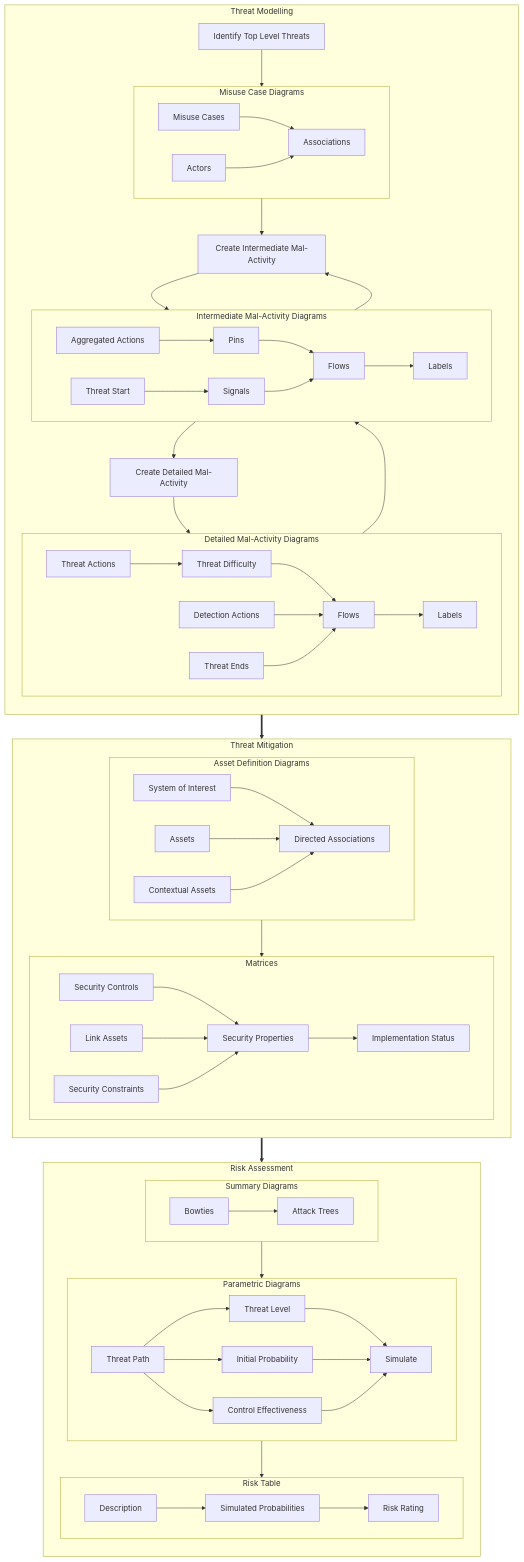
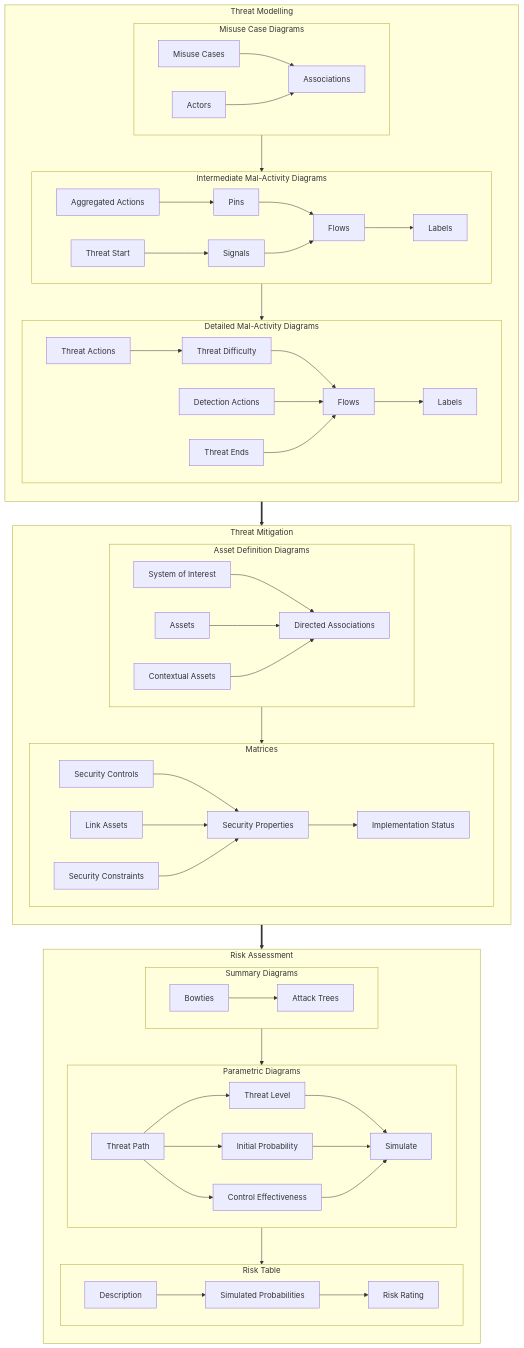
One commit to stuartfowler/CEMT changed the diagram in README.md. Above: the diagram before and after it, drawn with Mermaid. The commit also changed other lines of this file and 9 other files, not shown here.

````diff
--- a/README.md
+++ b/README.md
@@ -115,14 +110,9 @@
       3b["Detection Actions"] --> 3d
       3e["Threat Ends"] --> 3d
     end
-    DMA["Create Detailed Mal-Activity"]
-    IMA["Create Intermediate Mal-Activity"]
-    TLT["Identify Top Level Threats"]
-    2 --> DMA --> 3
-    TLT --> 1 --> IMA --> 2
-    2 --> IMA
-    3 --> 2
-    end
+
+    1 --> 2 --> 3
+  end
   subgraph TMi["Threat Mitigation"]
     direction TB
     subgraph 4["Asset Definition Diagrams"]
@@ -135,7 +125,6 @@
       5d["Link Assets"] --> 5c
       5f["Security Constraints"] --> 5c
     end
-
     4 --> 5
   end
   subgraph RA["Risk Assessment"]
@@ -155,24 +144,46 @@
   end
   TMo ==> TMi ==> RA
   
-  click TLT "https://github.com/stuartfowler/CEMT#threat-modelling" "Threat Modelling"
-  click 1a "https://github.com/stuartfowler/CEMT#misuse-case-diagrams" "Misuse Case Diagrams"
-  click 1b "https://github.com/stuartfowler/CEMT#misuse-case-diagrams" "Misuse Case Diagrams"
-  click 1c "https://github.com/stuartfowler/CEMT#misuse-case-diagrams" "Misuse Case Diagrams"
-  click IMA "https://github.com/stuartfowler/CEMT#misuse-case-diagrams" "Misuse Case Diagrams"
+  click 1a "https://github.com/stuartfowler/CEMT/blob/main/Documentation/threat-modelling.md#misuse-case-diagrams" "Misuse Case Diagrams"
+  click 1b "https://github.com/stuartfowler/CEMT/blob/main/Documentation/threat-modelling.md#misuse-case-diagrams" "Misuse Case Diagrams"
+  click 1c "https://github.com/stuartfowler/CEMT/blob/main/Documentation/threat-modelling.md#misuse-case-diagrams" "Misuse Case Diagrams"
 
-  click DMA "https://github.com/stuartfowler/CEMT#intermediate-mal-activity-diagrams" "Intermediate Mal-Activity Diagrams"
-  click 2a "https://github.com/stuartfowler/CEMT#intermediate-mal-activity-diagrams" "Intermediate Mal-Activity Diagrams"
-  click 2b "https://github.com/stuartfowler/CEMT#intermediate-mal-activity-diagrams" "Intermediate Mal-Activity Diagrams"
-  click 2c "https://github.com/stuartfowler/CEMT#intermediate-mal-activity-diagrams" "Intermediate Mal-Activity Diagrams"
-  click 2d "https://github.com/stuartfowler/CEMT#intermediate-mal-activity-diagrams" "Intermediate Mal-Activity Diagrams"
-  click 2e "https://github.com/stuartfowler/CEMT#intermediate-mal-activity-diagrams" "Intermediate Mal-Activity Diagrams"
-  click 2f "https://github.com/stuartfowler/CEMT#intermediate-mal-activity-diagrams" "Intermediate Mal-Activity Diagrams"
+  click 2a "https://github.com/stuartfowler/CEMT/blob/main/Documentation/threat-modelling.md#intermediate-mal-activity-diagrams" "Intermediate Mal-Activity Diagrams"
+  click 2b "https://github.com/stuartfowler/CEMT/blob/main/Documentation/threat-modelling.md#intermediate-mal-activity-diagrams" "Intermediate Mal-Activity Diagrams"
+  click 2c "https://github.com/stuartfowler/CEMT/blob/main/Documentation/threat-modelling.md#intermediate-mal-activity-diagrams" "Intermediate Mal-Activity Diagrams"
+  click 2d "https://github.com/stuartfowler/CEMT/blob/main/Documentation/threat-modelling.md#intermediate-mal-activity-diagrams" "Intermediate Mal-Activity Diagrams"
+  click 2e "https://github.com/stuartfowler/CEMT/blob/main/Documentation/threat-modelling.md#intermediate-mal-activity-diagrams" "Intermediate Mal-Activity Diagrams"
+  click 2f "https://github.com/stuartfowler/CEMT/blob/main/Documentation/threat-modelling.md#intermediate-mal-activity-diagrams" "Intermediate Mal-Activity Diagrams"
 
-  click 3a "https://github.com/stuartfowler/CEMT#detailed-mal-activity-diagrams" "Detailed Mal-Activity Diagrams"
-  click 3b "https://github.com/stuartfowler/CEMT#detailed-mal-activity-diagrams" "Detailed Mal-Activity Diagrams"
-  click 3c "https://github.com/stuartfowler/CEMT#detailed-mal-activity-diagrams" "Detailed Mal-Activity Diagrams"
-  click 3d "https://github.com/stuartfowler/CEMT#detailed-mal-activity-diagrams" "Detailed Mal-Activity Diagrams"
-  click 3e "https://github.com/stuartfowler/CEMT#detailed-mal-activity-diagrams" "Detailed Mal-Activity Diagrams"
-  click 3f "https://github.com/stuartfowler/CEMT#detailed-mal-activity-diagrams" "Detailed Mal-Activity Diagrams"
+  click 3a "https://github.com/stuartfowler/CEMT/blob/main/Documentation/threat-modelling.md#detailed-mal-activity-diagrams" "Detailed Mal-Activity Diagrams"
+  click 3b "https://github.com/stuartfowler/CEMT/blob/main/Documentation/threat-modelling.md#detailed-mal-activity-diagrams" "Detailed Mal-Activity Diagrams"
+  click 3c "https://github.com/stuartfowler/CEMT/blob/main/Documentation/threat-modelling.md#detailed-mal-activity-diagrams" "Detailed Mal-Activity Diagrams"
+  click 3d "https://github.com/stuartfowler/CEMT/blob/main/Documentation/threat-modelling.md#detailed-mal-activity-diagrams" "Detailed Mal-Activity Diagrams"
+  click 3e "https://github.com/stuartfowler/CEMT/blob/main/Documentation/threat-modelling.md#detailed-mal-activity-diagrams" "Detailed Mal-Activity Diagrams"
+  click 3f "https://github.com/stuartfowler/CEMT/blob/main/Documentation/threat-modelling.md#detailed-mal-activity-diagrams" "Detailed Mal-Activity Diagrams"
+
+  click 4a "https://github.com/stuartfowler/CEMT/blob/main/Documentation/threat-mitigation.md#asset-definition-diagrams" "Asset Definition Diagrams"
+  click 4b "https://github.com/stuartfowler/CEMT/blob/main/Documentation/threat-mitigation.md#asset-definition-diagrams" "Asset Definition Diagrams"
+  click 4c "https://github.com/stuartfowler/CEMT/blob/main/Documentation/threat-mitigation.md#asset-definition-diagrams" "Asset Definition Diagrams"
+  click 4d "https://github.com/stuartfowler/CEMT/blob/main/Documentation/threat-mitigation.md#asset-definition-diagrams" "Asset Definition Diagrams"
+
+  click 5a "https://github.com/stuartfowler/CEMT/blob/main/Documentation/threat-mitigation.md#matrices" "Matrices"
+  click 5b "https://github.com/stuartfowler/CEMT/blob/main/Documentation/threat-mitigation.md#matrices" "Matrices"
+  click 5c "https://github.com/stuartfowler/CEMT/blob/main/Documentation/threat-mitigation.md#matrices" "Matrices"
+  click 5d "https://github.com/stuartfowler/CEMT/blob/main/Documentation/threat-mitigation.md#matrices" "Matrices"
+  click 5e "https://github.com/stuartfowler/CEMT/blob/main/Documentation/threat-mitigation.md#matrices" "Matrices"
+  click 5f "https://github.com/stuartfowler/CEMT/blob/main/Documentation/threat-mitigation.md#matrices" "Matrices"
+
+  click 6a "https://github.com/stuartfowler/CEMT/blob/main/Documentation/risk.md#summary-diagrams" "Summary Diagrams"
+  click 6b "https://github.com/stuartfowler/CEMT/blob/main/Documentation/risk.md#summary-diagrams" "Summary Diagrams"
+
+  click 7a "https://github.com/stuartfowler/CEMT/blob/main/Documentation/risk.md#parametric-diagrams" "Parametric Diagrams"
+  click 7b "https://github.com/stuartfowler/CEMT/blob/main/Documentation/risk.md#parametric-diagrams" "Parametric Diagrams"
+  click 7c "https://github.com/stuartfowler/CEMT/blob/main/Documentation/risk.md#parametric-diagrams" "Parametric Diagrams"
+  click 7d "https://github.com/stuartfowler/CEMT/blob/main/Documentation/risk.md#parametric-diagrams" "Parametric Diagrams"
+  click 7e "https://github.com/stuartfowler/CEMT/blob/main/Documentation/risk.md#parametric-diagrams" "Parametric Diagrams"
+
+  click 8a "https://github.com/stuartfowler/CEMT/blob/main/Documentation/risk.md#risk-table" "Risk Table"
+  click 8b "https://github.com/stuartfowler/CEMT/blob/main/Documentation/risk.md#risk-table" "Risk Table"
+  click 8c "https://github.com/stuartfowler/CEMT/blob/main/Documentation/risk.md#risk-table" "Risk Table"
 ```
````
